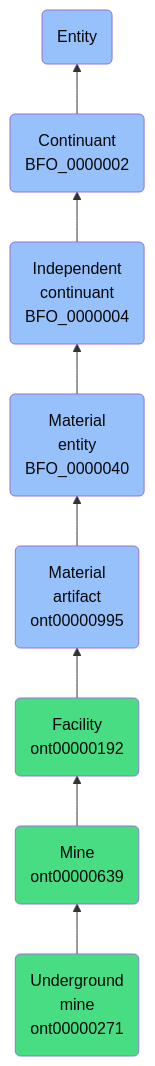
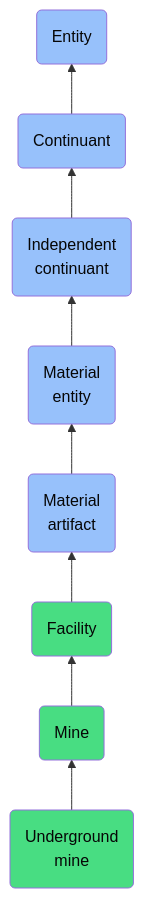
Before and after one commit to jupyter-naas/abi: the diagram in docs/ontology/reference/model/Entity/Continuant/Independent continuant/Material entity/Material artifact/Facility/Mine/Underground mine/Underground mine.md, drawn with Mermaid. The commit also changed other lines of this file and 1430 other files, not shown here.

````diff
--- a/docs/ontology/reference/model/Entity/Continuant/Independent continuant/Material entity/Material artifact/Facility/Mine/Underground mine/Underground mine.md
+++ b/docs/ontology/reference/model/Entity/Continuant/Independent continuant/Material entity/Material artifact/Facility/Mine/Underground mine/Underground mine.md
@@ -24,15 +24,15 @@
 ```mermaid
 graph BT
-    ont00000271(Underground<br>mine<br>ont00000271):::ABI-->ont00000639
-    ont00000639(Mine<br>ont00000639):::ABI-->ont00000192
-    ont00000192(Facility<br>ont00000192):::ABI-->ont00000995
-    ont00000995(Material<br>artifact<br>ont00000995):::BFO-->BFO_0000040
-    BFO_0000040(Material<br>entity<br>BFO_0000040):::BFO-->BFO_0000004
-    BFO_0000004(Independent<br>continuant<br>BFO_0000004):::BFO-->BFO_0000002
-    BFO_0000002(Continuant<br>BFO_0000002):::BFO-->BFO_0000001
+    ont00000271(Underground<br>mine):::ABI-->ont00000639
+    ont00000639(Mine):::ABI-->ont00000192
+    ont00000192(Facility):::ABI-->ont00000995
+    ont00000995(Material<br>artifact):::BFO-->BFO_0000040
+    BFO_0000040(Material<br>entity):::BFO-->BFO_0000004
+    BFO_0000004(Independent<br>continuant):::BFO-->BFO_0000002
+    BFO_0000002(Continuant):::BFO-->BFO_0000001
     BFO_0000001(Entity):::BFO
     
     classDef BFO fill:#97c1fb,color:#060606
     classDef CCO fill:#e4c51e,color:#060606
     classDef ABI fill:#48DD82,color:#060606
 ```
````
